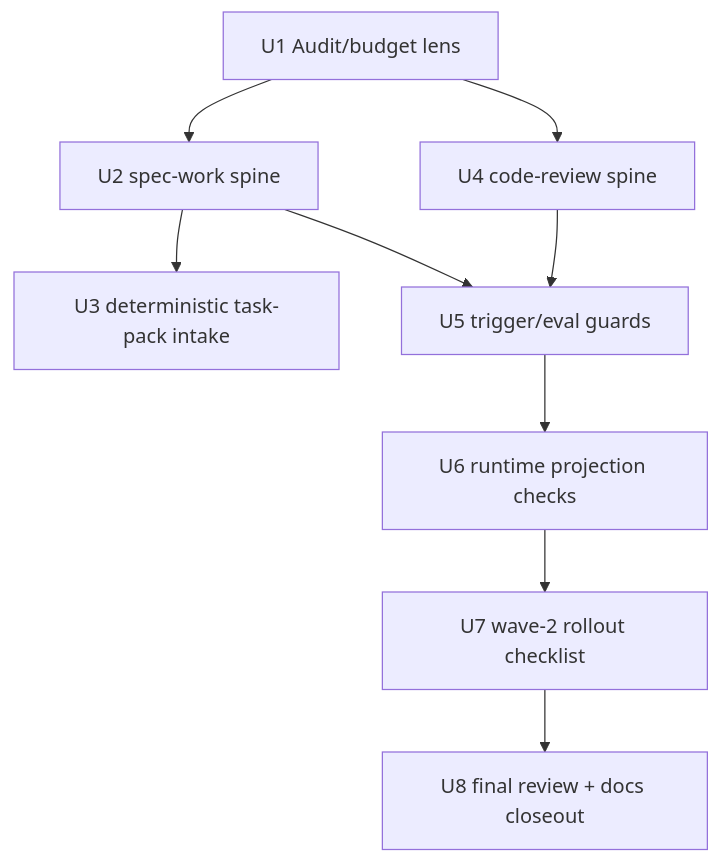
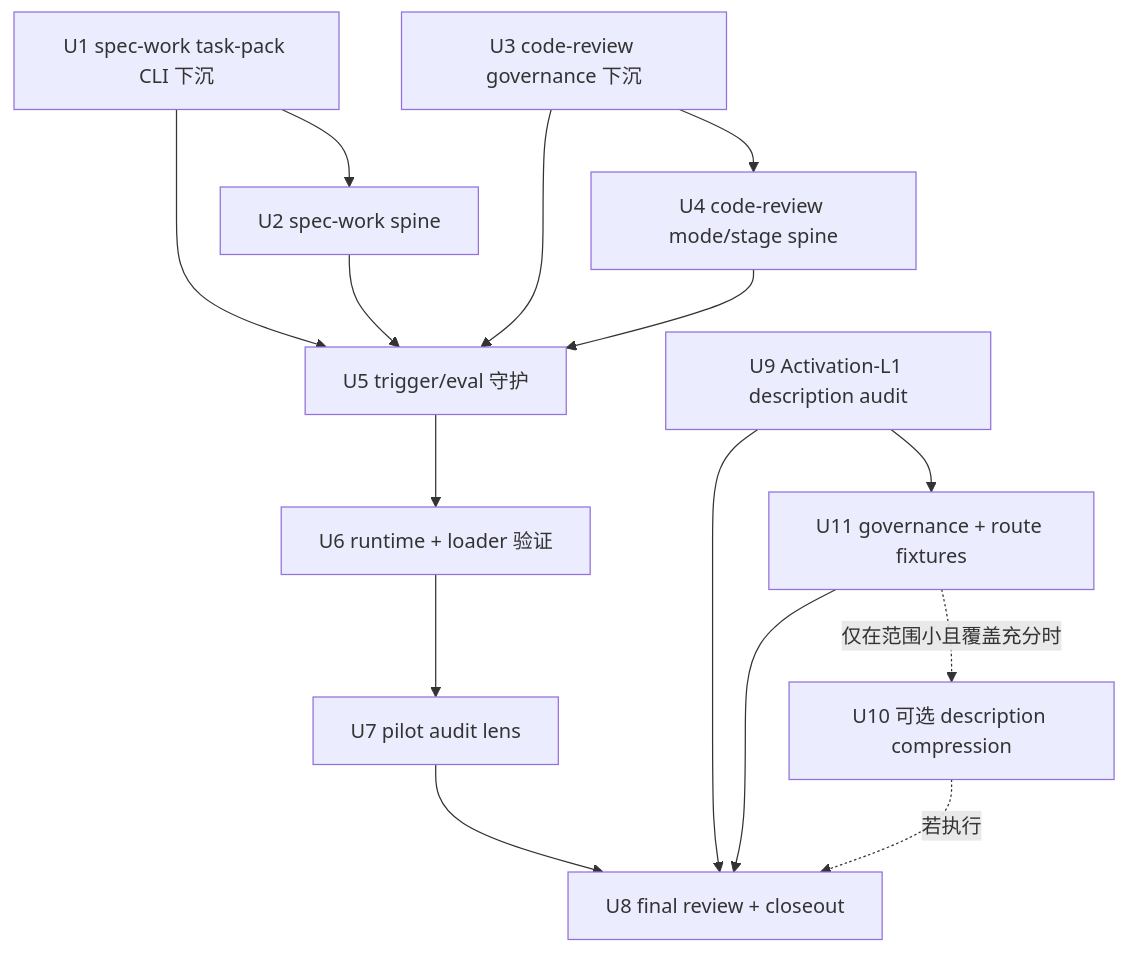
One commit to leo-kuang-ai/spec-first changed the second of 2 diagrams in docs/plans/2026-07-06-001-refactor-skill-prompt-slimming-plan.md. Above: the diagram before and after it, drawn with Mermaid. The commit also changed other lines of this file and 4 other files, not shown here.

````diff
--- a/docs/plans/2026-07-06-001-refactor-skill-prompt-slimming-plan.md
+++ b/docs/plans/2026-07-06-001-refactor-skill-prompt-slimming-plan.md
@@ -285,11 +317,17 @@
 ```mermaid
 flowchart TB
-  U1["U1 Audit/budget lens"] --> U2["U2 spec-work spine"]
-  U1 --> U4["U4 code-review spine"]
-  U2 --> U3["U3 deterministic task-pack intake"]
-  U2 --> U5["U5 trigger/eval guards"]
+  U1["U1 spec-work task-pack CLI 下沉"] --> U2["U2 spec-work spine"]
+  U3["U3 code-review governance 下沉"] --> U4["U4 code-review mode/stage spine"]
+  U1 --> U5["U5 trigger/eval 守护"]
+  U2 --> U5
+  U3 --> U5
   U4 --> U5
-  U5 --> U6["U6 runtime projection checks"]
-  U6 --> U7["U7 wave-2 rollout checklist"]
-  U7 --> U8["U8 final review + docs closeout"]
+  U5 --> U6["U6 runtime + loader 验证"]
+  U6 --> U7["U7 pilot audit lens"]
+  U9["U9 Activation-L1 description audit"] --> U11["U11 governance + route fixtures"]
+  U11 -. "仅在范围小且覆盖充分时" .-> U10["U10 可选 description compression"]
+  U7 --> U8["U8 final review + closeout"]
+  U9 --> U8
+  U11 --> U8
+  U10 -. "若执行" .-> U8
 ```
````
